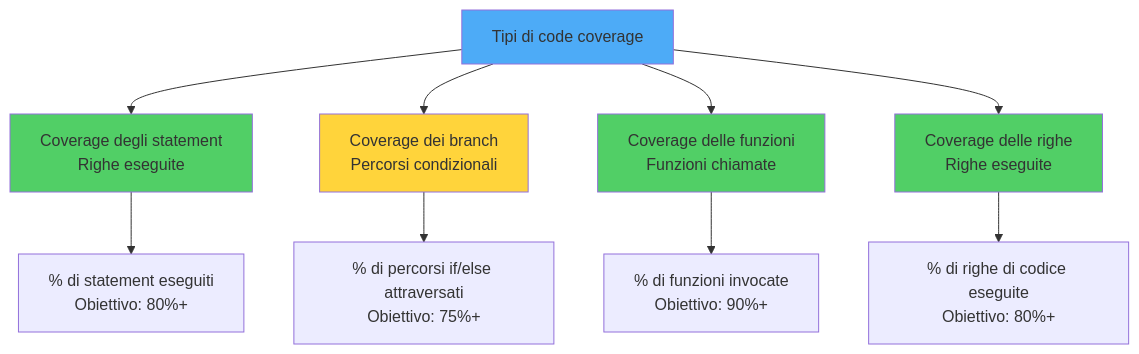
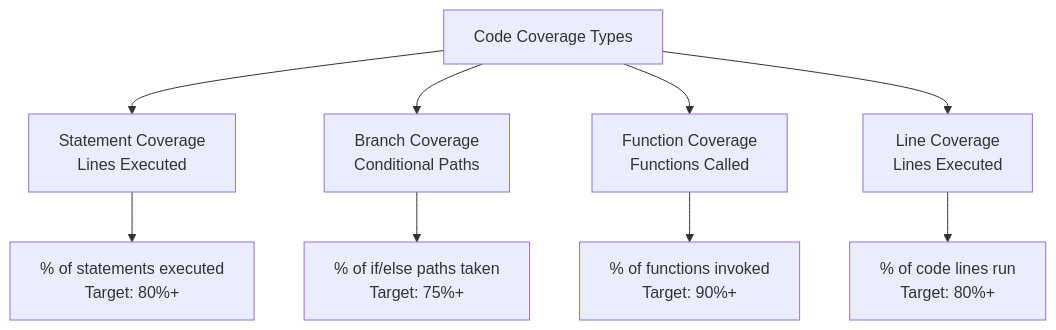
Before and after one commit to BabaScience/react-guides: the tenth of 10 diagrams in arguments/chapters/it/10-testing.md, drawn with Mermaid. The commit also changed other lines of this file and 29 other files, not shown here.

First line of the commit message:
Bring React FR/IT translations to full English parity + theme-safe diagrams

````diff
--- a/arguments/chapters/it/10-testing.md
+++ b/arguments/chapters/it/10-testing.md
@@ -414,18 +2492,13 @@
 ```mermaid
 graph TD
-    A[Tipi di code coverage] --> B[Coverage degli statement<br/>Righe eseguite]
-    A --> C[Coverage dei branch<br/>Percorsi condizionali]
-    A --> D[Coverage delle funzioni<br/>Funzioni chiamate]
-    A --> E[Coverage delle righe<br/>Righe eseguite]
-
-    B --> B1[% di statement eseguiti<br/>Obiettivo: 80%+]
-    C --> C1[% di percorsi if/else attraversati<br/>Obiettivo: 75%+]
-    D --> D1[% di funzioni invocate<br/>Obiettivo: 90%+]
-    E --> E1[% di righe di codice eseguite<br/>Obiettivo: 80%+]
-
-    style A fill:#4dabf7
-    style B fill:#51cf66
-    style C fill:#ffd43b
-    style D fill:#51cf66
-    style E fill:#51cf66
+    A[Code Coverage Types] --> B[Statement Coverage<br/>Lines Executed]
+    A --> C[Branch Coverage<br/>Conditional Paths]
+    A --> D[Function Coverage<br/>Functions Called]
+    A --> E[Line Coverage<br/>Lines Executed]
+    
+    B --> B1[% of statements executed<br/>Target: 80%+]
+    C --> C1[% of if/else paths taken<br/>Target: 75%+]
+    D --> D1[% of functions invoked<br/>Target: 90%+]
+    E --> E1[% of code lines run<br/>Target: 80%+]
+    
 ```
````
